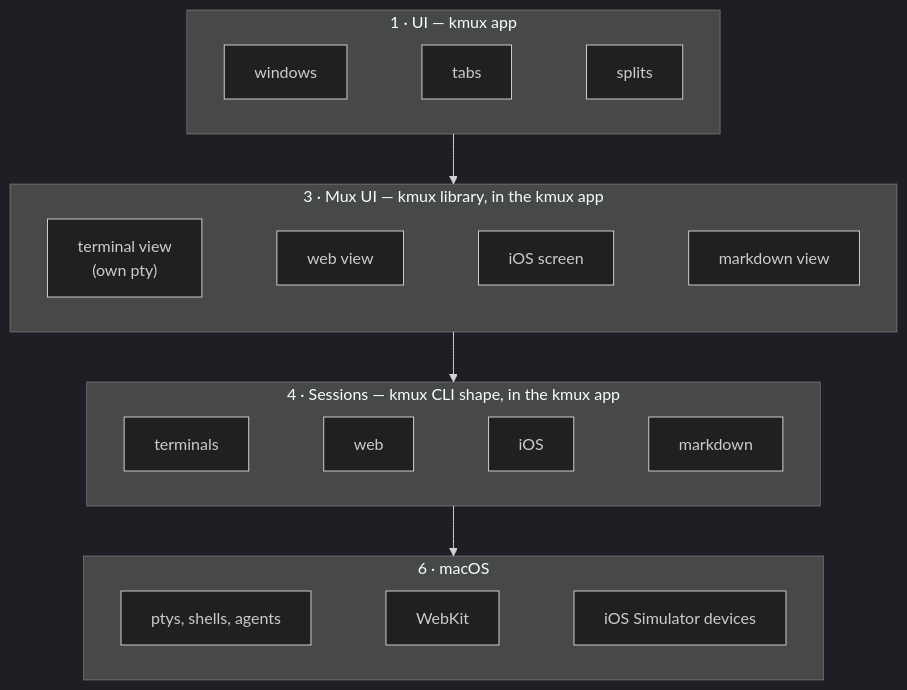
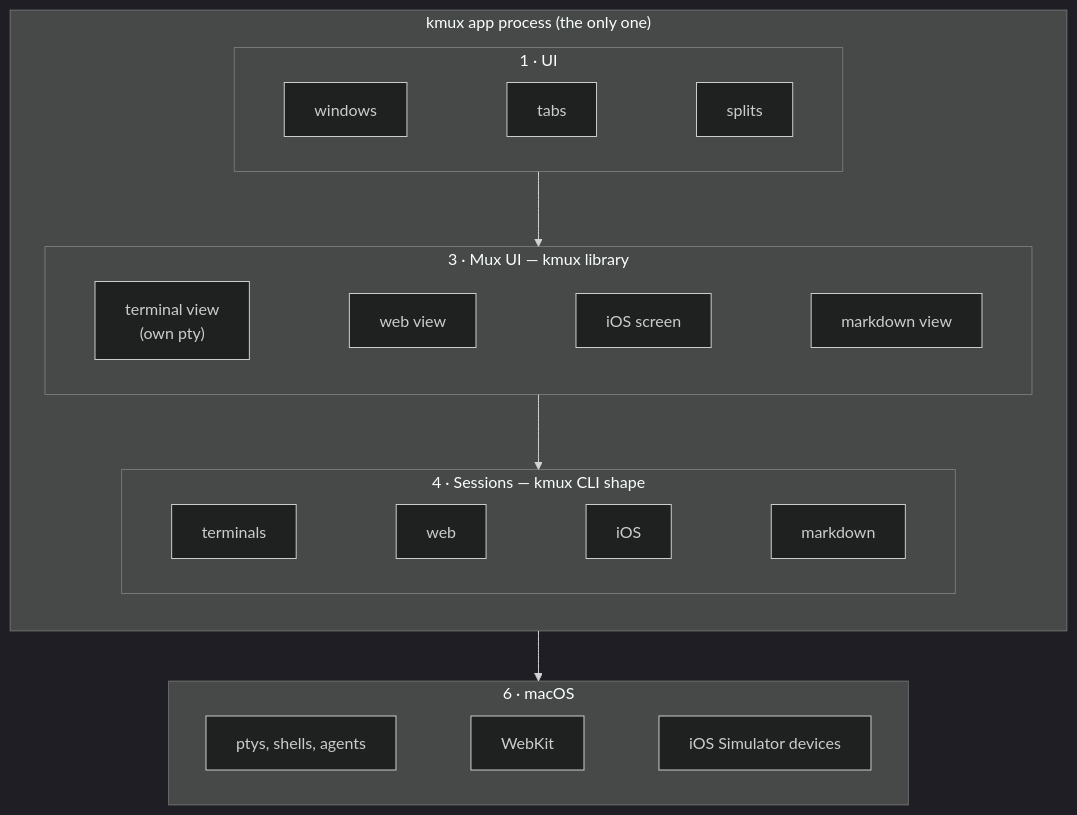
Before and after one commit to jemdiggity/kanna-v4: the second of 11 diagrams in docs/research/mux-architecture.md, drawn with Mermaid (dark theme). The commit also changed other lines of this file, not shown here.

Commit message:
Mux architecture: show the processes around the layer stacks

````diff
--- a/docs/research/mux-architecture.md
+++ b/docs/research/mux-architecture.md
@@ -73,20 +83,24 @@
 ```mermaid
 flowchart TB
-    subgraph K1["1 · UI — kmux app"]
-        direction LR
-        WIN["windows"] ~~~ TABS["tabs"] ~~~ SPLITS["splits"]
-    end
-    subgraph K3["3 · Mux UI — kmux library, in the kmux app"]
-        direction LR
-        TV["terminal view<br/>(own pty)"] ~~~ WV["web view"] ~~~ IV["iOS screen"] ~~~ MV["markdown view"]
-    end
-    subgraph K4["4 · Sessions — kmux CLI shape, in the kmux app"]
-        direction LR
-        TS["terminals"] ~~~ WS["web"] ~~~ IS["iOS"] ~~~ MS["markdown"]
+    subgraph PK["kmux app process (the only one)"]
+        direction TB
+        subgraph K1["1 · UI"]
+            direction LR
+            WIN["windows"] ~~~ TABS["tabs"] ~~~ SPLITS["splits"]
+        end
+        subgraph K3["3 · Mux UI — kmux library"]
+            direction LR
+            TV["terminal view<br/>(own pty)"] ~~~ WV["web view"] ~~~ IV["iOS screen"] ~~~ MV["markdown view"]
+        end
+        subgraph K4["4 · Sessions — kmux CLI shape"]
+            direction LR
+            TS["terminals"] ~~~ WS["web"] ~~~ IS["iOS"] ~~~ MS["markdown"]
+        end
+        K1 --> K3 --> K4
     end
     subgraph K6["6 · macOS"]
         direction LR
         PTY["ptys, shells, agents"] ~~~ WK["WebKit"] ~~~ SIM["iOS Simulator devices"]
     end
-    K1 --> K3 --> K4 --> K6
+    K4 --> K6
 ```
````
